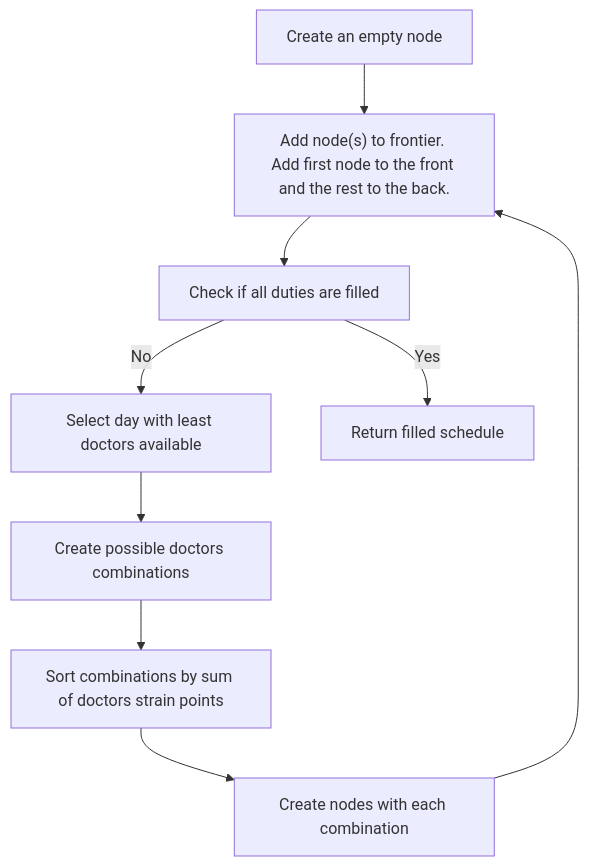
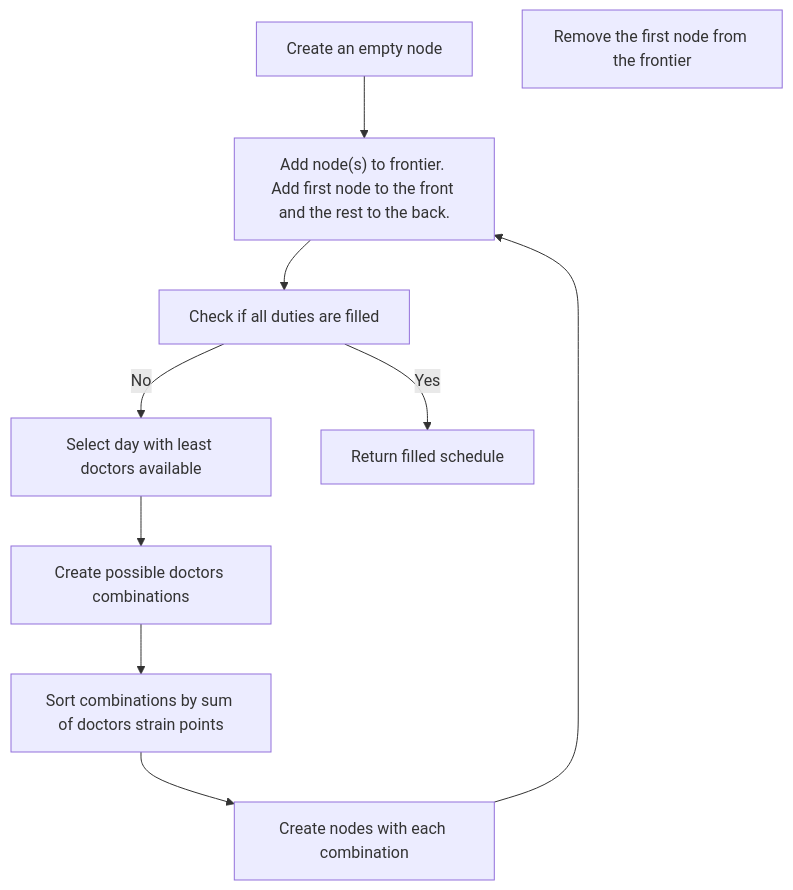
The diagram in README.md (marcinbogdanowicz/MedDutiesRevisited), drawn with Mermaid before and after one commit. The commit also changed other lines of this file, not shown here.

````diff
--- a/README.md
+++ b/README.md
@@ -637,14 +635,15 @@
 ```mermaid
 graph TD
     START[Create an empty node]
     ADD["Add node(s) to frontier. Add first node to the front and the rest to the back."]
+    POP[Remove the first node from the frontier]
     CHECK_IF_SET[Check if all duties are filled]
     SELECT_DAY[Select day with least doctors available]
     SORT_COMBS[Sort combinations by sum of doctors strain points]
     CREATE_COMBS[Create possible doctors combinations]
     CREATE_NODES[Create nodes with each combination]
 
     START --> ADD --> CHECK_IF_SET 
     CHECK_IF_SET --"Yes"--> RETURN[Return filled schedule]
     CHECK_IF_SET --"No"--> SELECT_DAY --> CREATE_COMBS --> SORT_COMBS --> CREATE_NODES --> ADD
 ```
````
